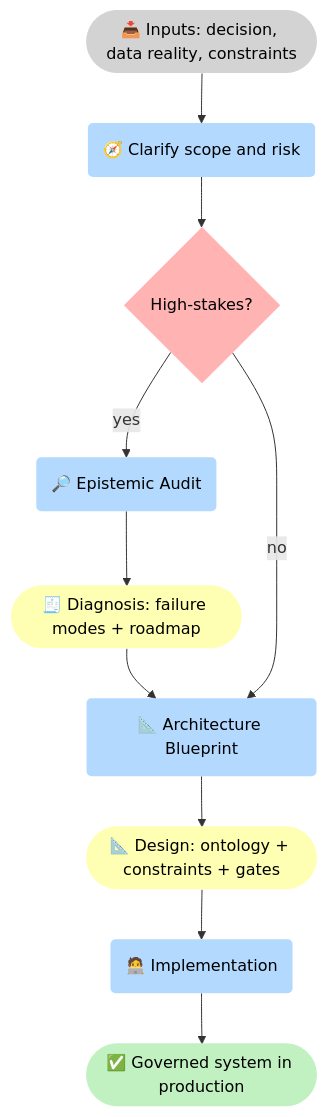
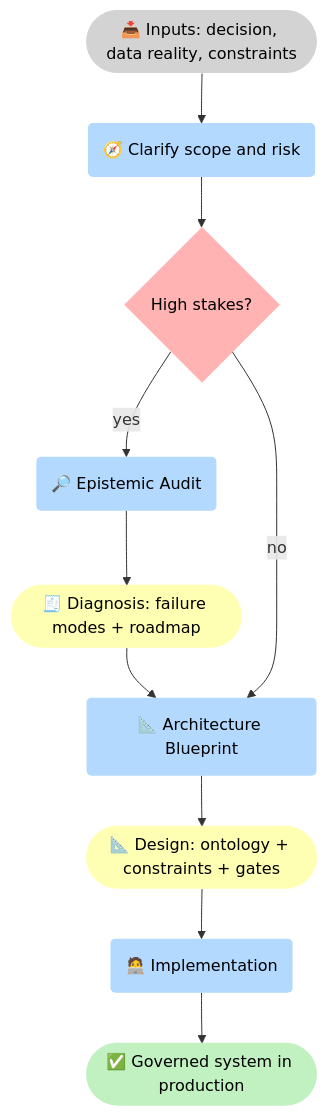
The first of 2 diagrams in docs/services/start.md (5Reasons/5reasons.github.io), drawn with Mermaid before and after one commit. The commit also changed other lines of this file and 11 other files, not shown here.

````diff
--- a/docs/services/start.md
+++ b/docs/services/start.md
@@ -66,32 +66,32 @@
 ```mermaid
 flowchart TB
 %% Styles (brModel Standard)
 classDef i fill:#D3D3D3,stroke-width:0px,color:#000;
 classDef p fill:#B3D9FF,stroke-width:0px,color:#000;
 classDef r fill:#FFFFB3,stroke-width:0px,color:#000;
 classDef o fill:#C1F0C1,stroke-width:0px,color:#000;
 classDef s fill:#FFB3B3,stroke-width:0px,color:#000;
 
 I_In(["📥 Inputs: decision, data reality, constraints"]):::i
 P_Scope("🧭 Clarify scope and risk"):::p
-G_Hi{"High-stakes?"}:::s
+G_Hi{"High stakes?"}:::s
 
 P_Audit("🔎 Epistemic Audit"):::p
 R_Diag(["🧾 Diagnosis: failure modes + roadmap"]):::r
 
 P_Blue("📐 Architecture Blueprint"):::p
 R_Arch(["📐 Design: ontology + constraints + gates"]):::r
 
 P_Impl("🧑‍💻 Implementation"):::p
 O_Ship(["✅ Governed system in production"]):::o
 
 I_In --> P_Scope --> G_Hi
 G_Hi -->|"yes"| P_Audit --> R_Diag --> P_Blue
 G_Hi -->|"no"| P_Blue
 P_Blue --> R_Arch --> P_Impl --> O_Ship
 
 %% Clickable nodes
 click P_Audit "/services/epistemic-audit/" "Epistemic Audit"
 click P_Blue "/services/blueprint/" "Architecture Blueprint"
 click P_Impl "/services/implementation/" "Implementation"
 ```
````
